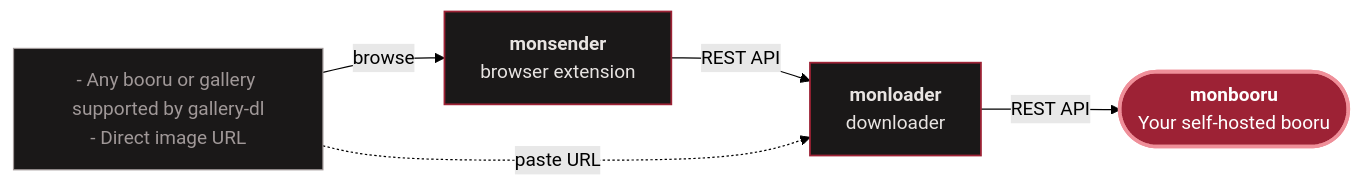
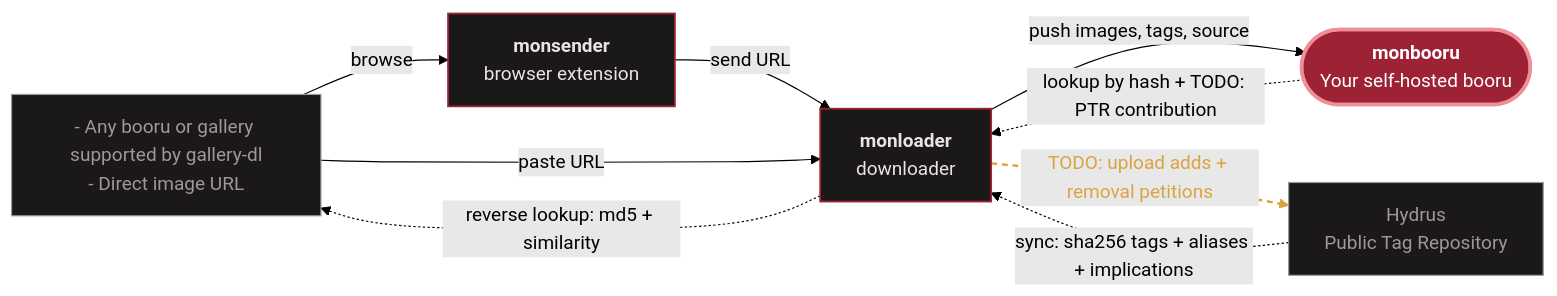
The diagram in README.md (QiE2035/monbooru), drawn with Mermaid (forest theme) before and after one commit. The commit also changed other lines of this file and 145 other files, not shown here.

````diff
--- a/README.md
+++ b/README.md
@@ -46,20 +54,29 @@
 ```mermaid
 flowchart LR
     web["- Any booru or gallery supported by gallery-dl<br/>- Direct image URL"]
+    ptr["Hydrus<br/>Public Tag Repository"]
     sender["<b>monsender</b><br/>browser extension"]
     loader["<b>monloader</b><br/>downloader"]
     booru(["<b>monbooru</b><br/>Your self-hosted booru"])
 
     web -->|browse| sender
-    sender -->|REST API| loader
-    web -.->|paste URL| loader
-    loader -->|REST API| booru
+    sender -->|send URL| loader
+    web -->|paste URL| loader
+    loader -->|push images, tags, source| booru
+
+    booru -.->|lookup by hash + TODO: PTR contribution| loader
+    loader -.->|reverse lookup: md5 + similarity| web
+    ptr -.->|sync: sha256 tags + aliases + implications| loader
+
+    loader -.->|TODO: upload adds + removal petitions| ptr
+
+    linkStyle 7 stroke:#d9a441,color:#d9a441,stroke-width:2px,stroke-dasharray:5 4;
 
     classDef hub  fill:#9d2235,stroke:#ef8f99,stroke-width:3px,color:#ffffff;
     classDef tool fill:#1a1818,stroke:#9d2235,stroke-width:1.5px,color:#e8e4e2;
     classDef src  fill:#1a1818,stroke:#a09898,stroke-width:1px,color:#a09898;
 
     class booru hub;
     class sender,loader tool;
-    class web src;
+    class web,ptr src;
 ```
````
